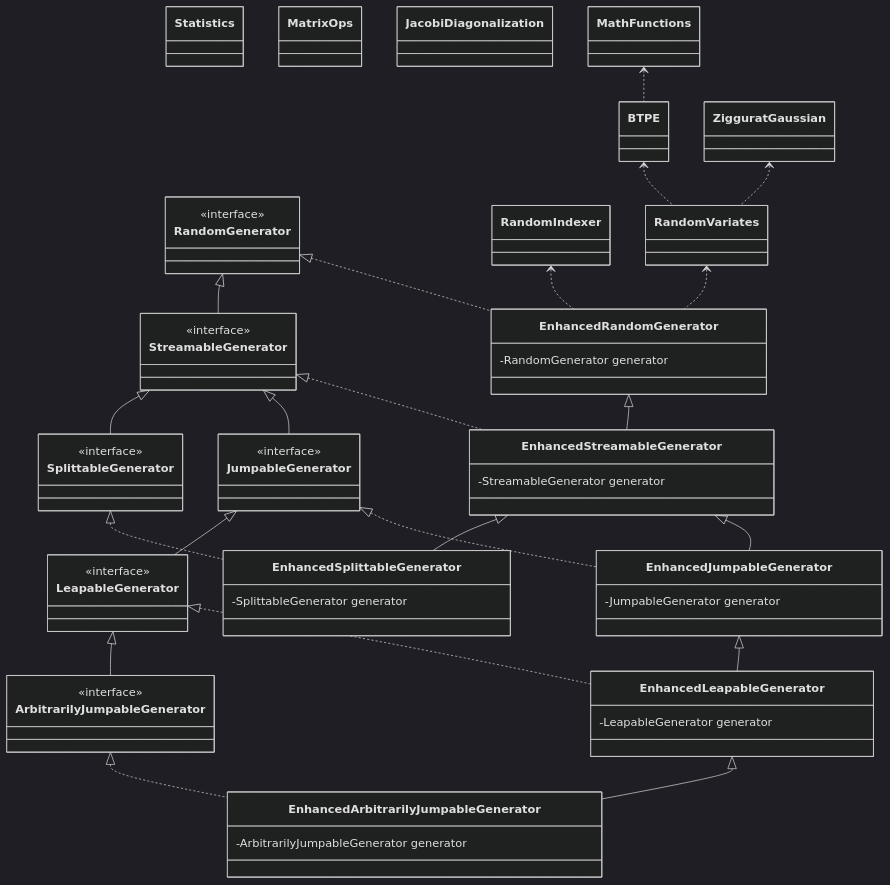
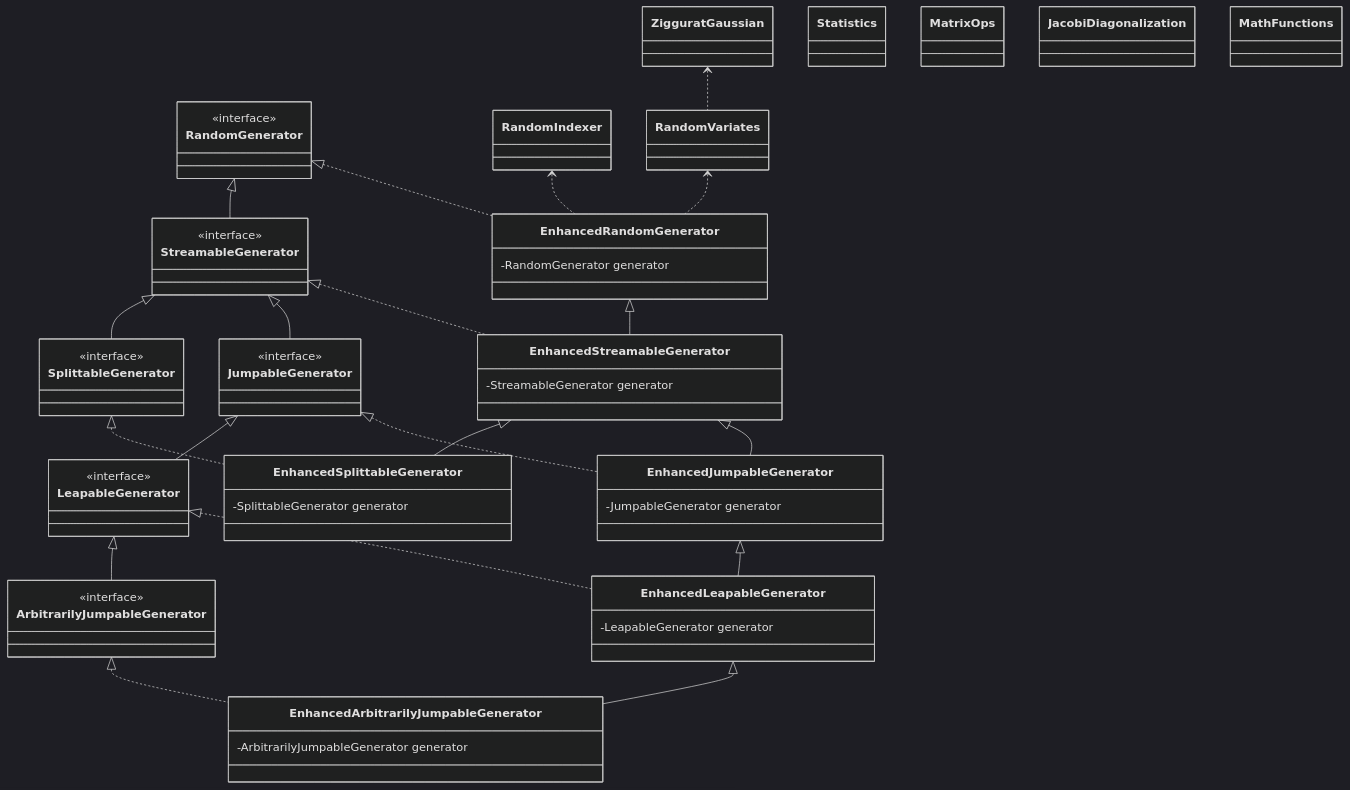
One commit to cicirello/rho-mu changed the diagram in README.md. Above: the diagram before and after it, drawn with Mermaid (dark theme).

Commit message:
removed internal class from uml diagram

````diff
--- a/README.md
+++ b/README.md
@@ -89,76 +89,72 @@
 ```mermaid
 classDiagram
   class RandomGenerator
   <<interface>> RandomGenerator
   class StreamableGenerator
   <<interface>> StreamableGenerator
   RandomGenerator <|-- StreamableGenerator
   class SplittableGenerator
   <<interface>> SplittableGenerator
   StreamableGenerator <|-- SplittableGenerator
   class JumpableGenerator
   <<interface>> JumpableGenerator
   StreamableGenerator <|-- JumpableGenerator
   class LeapableGenerator
   <<interface>> LeapableGenerator
   JumpableGenerator <|-- LeapableGenerator
   class ArbitrarilyJumpableGenerator
   <<interface>> ArbitrarilyJumpableGenerator
   LeapableGenerator <|-- ArbitrarilyJumpableGenerator
   class EnhancedRandomGenerator
   RandomGenerator <|.. EnhancedRandomGenerator
   class RandomIndexer
   RandomIndexer <.. EnhancedRandomGenerator
   class RandomVariates
   RandomVariates <.. EnhancedRandomGenerator
   EnhancedRandomGenerator : -RandomGenerator generator
-  class BTPE
-  BTPE <.. RandomVariates
   class ZigguratGaussian
   ZigguratGaussian <.. RandomVariates
   class Statistics
   class MatrixOps
   class JacobiDiagonalization
   class MathFunctions
-  MathFunctions <.. BTPE
   class EnhancedStreamableGenerator
   EnhancedRandomGenerator <|-- EnhancedStreamableGenerator
   StreamableGenerator <|.. EnhancedStreamableGenerator
   EnhancedStreamableGenerator : -StreamableGenerator generator
   class EnhancedSplittableGenerator
   EnhancedStreamableGenerator <|-- EnhancedSplittableGenerator
   SplittableGenerator <|.. EnhancedSplittableGenerator
   EnhancedSplittableGenerator : -SplittableGenerator generator
   class EnhancedJumpableGenerator
   EnhancedStreamableGenerator <|-- EnhancedJumpableGenerator
   JumpableGenerator <|.. EnhancedJumpableGenerator
   EnhancedJumpableGenerator : -JumpableGenerator generator
   class EnhancedLeapableGenerator
   EnhancedJumpableGenerator <|-- EnhancedLeapableGenerator
   LeapableGenerator <|.. EnhancedLeapableGenerator
   EnhancedLeapableGenerator : -LeapableGenerator generator
   class EnhancedArbitrarilyJumpableGenerator
   EnhancedLeapableGenerator <|-- EnhancedArbitrarilyJumpableGenerator
   ArbitrarilyJumpableGenerator <|.. EnhancedArbitrarilyJumpableGenerator
   EnhancedArbitrarilyJumpableGenerator : -ArbitrarilyJumpableGenerator generator
   link RandomIndexer "https://rho-mu.cicirello.org/api/org.cicirello.rho_mu/org/cicirello/math/rand/RandomIndexer.html"
   link RandomVariates "https://rho-mu.cicirello.org/api/org.cicirello.rho_mu/org/cicirello/math/rand/RandomVariates.html"
   link EnhancedRandomGenerator "https://rho-mu.cicirello.org/api/org.cicirello.rho_mu/org/cicirello/math/rand/EnhancedRandomGenerator.html"
   link EnhancedStreamableGenerator "https://rho-mu.cicirello.org/api/org.cicirello.rho_mu/org/cicirello/math/rand/EnhancedStreamableGenerator.html"
   link EnhancedSplittableGenerator "https://rho-mu.cicirello.org/api/org.cicirello.rho_mu/org/cicirello/math/rand/EnhancedSplittableGenerator.html"
   link EnhancedJumpableGenerator "https://rho-mu.cicirello.org/api/org.cicirello.rho_mu/org/cicirello/math/rand/EnhancedJumpableGenerator.html"
   link EnhancedLeapableGenerator "https://rho-mu.cicirello.org/api/org.cicirello.rho_mu/org/cicirello/math/rand/EnhancedLeapableGenerator.html"
   link EnhancedArbitrarilyJumpableGenerator "https://rho-mu.cicirello.org/api/org.cicirello.rho_mu/org/cicirello/math/rand/EnhancedArbitrarilyJumpableGenerator.html"
   link RandomGenerator "https://docs.oracle.com/en/java/javase/17/docs/api/java.base/java/util/random/RandomGenerator.html"
   link StreamableGenerator "https://docs.oracle.com/en/java/javase/17/docs/api/java.base/java/util/random/RandomGenerator.StreamableGenerator.html"
   link SplittableGenerator "https://docs.oracle.com/en/java/javase/17/docs/api/java.base/java/util/random/RandomGenerator.SplittableGenerator.html"
   link JumpableGenerator "https://docs.oracle.com/en/java/javase/17/docs/api/java.base/java/util/random/RandomGenerator.JumpableGenerator.html"
   link LeapableGenerator "https://docs.oracle.com/en/java/javase/17/docs/api/java.base/java/util/random/RandomGenerator.LeapableGenerator.html"
   link ArbitrarilyJumpableGenerator "https://docs.oracle.com/en/java/javase/17/docs/api/java.base/java/util/random/RandomGenerator.ArbitrarilyJumpableGenerator.html"
   link ZigguratGaussian "https://rho-mu.cicirello.org/api/org.cicirello.rho_mu/org/cicirello/math/rand/ZigguratGaussian.html"
-  link BTPE "https://github.com/cicirello/rho-mu/blob/main/src/main/java/org/cicirello/math/rand/BTPE.java"
   link MathFunctions "https://rho-mu.cicirello.org/api/org.cicirello.rho_mu/org/cicirello/math/MathFunctions.html"
   link Statistics "https://rho-mu.cicirello.org/api/org.cicirello.rho_mu/org/cicirello/math/stats/Statistics.html"
   link MatrixOps "https://rho-mu.cicirello.org/api/org.cicirello.rho_mu/org/cicirello/math/la/MatrixOps.html"
   link JacobiDiagonalization "https://rho-mu.cicirello.org/api/org.cicirello.rho_mu/org/cicirello/math/la/JacobiDiagonalization.html"
 ```
````
